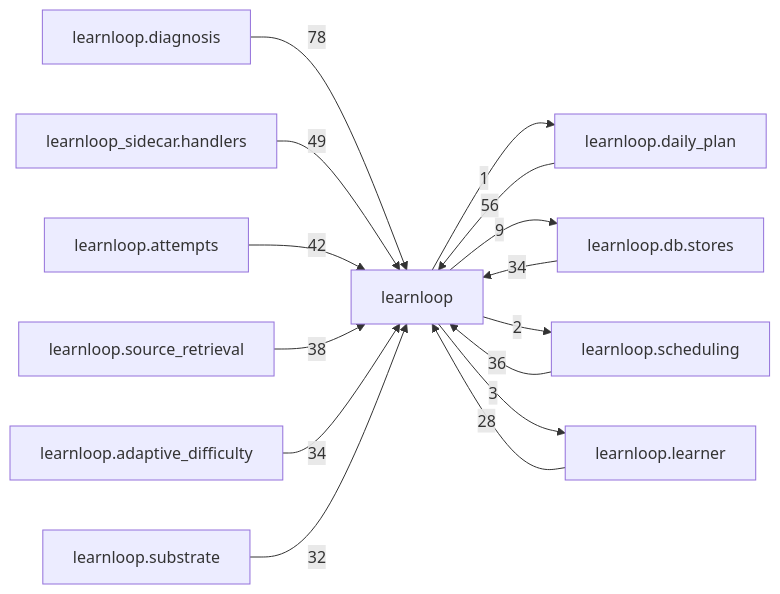
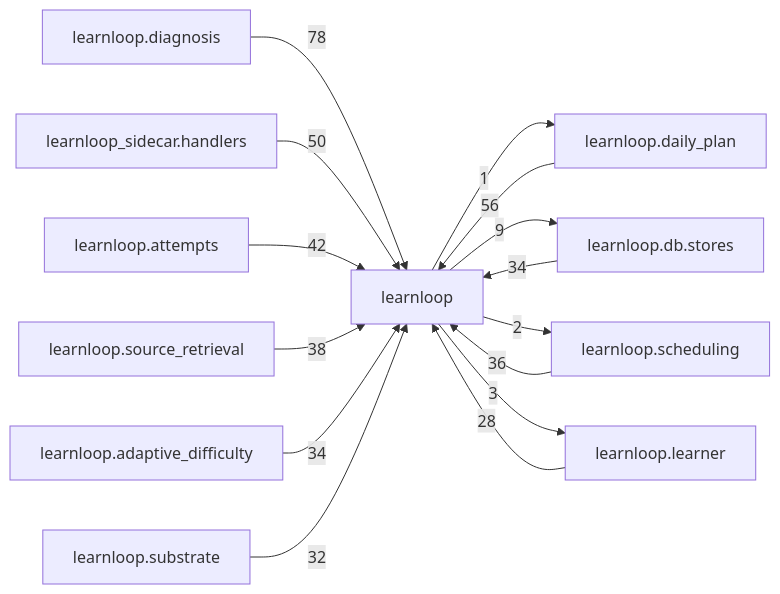
One commit to 6up-b/learnanything changed the diagram in docs/learnloop-architecture-vault/Reference/Modules/learnloop/_package.md. Above: the diagram before and after it, drawn with Mermaid. The commit also changed other lines of this file and 49 other files, not shown here.

````diff
--- a/docs/learnloop-architecture-vault/Reference/Modules/learnloop/_package.md
+++ b/docs/learnloop-architecture-vault/Reference/Modules/learnloop/_package.md
@@ -259,28 +259,28 @@
 ```mermaid
 flowchart LR
     center["learnloop"]
     n_learnloop_diagnosis["learnloop.diagnosis"]
     n_learnloop_daily_plan["learnloop.daily_plan"]
     n_learnloop_sidecar_handlers["learnloop_sidecar.handlers"]
     n_learnloop_db_stores["learnloop.db.stores"]
     n_learnloop_attempts["learnloop.attempts"]
     n_learnloop_scheduling["learnloop.scheduling"]
     n_learnloop_source_retrieval["learnloop.source_retrieval"]
     n_learnloop_adaptive_difficulty["learnloop.adaptive_difficulty"]
     n_learnloop_substrate["learnloop.substrate"]
     n_learnloop_learner["learnloop.learner"]
     n_learnloop_diagnosis -->|78| center
     n_learnloop_daily_plan -->|56| center
     center -->|1| n_learnloop_daily_plan
-    n_learnloop_sidecar_handlers -->|49| center
+    n_learnloop_sidecar_handlers -->|50| center
     n_learnloop_db_stores -->|34| center
     center -->|9| n_learnloop_db_stores
     n_learnloop_attempts -->|42| center
     n_learnloop_scheduling -->|36| center
     center -->|2| n_learnloop_scheduling
     n_learnloop_source_retrieval -->|38| center
     n_learnloop_adaptive_difficulty -->|34| center
     n_learnloop_substrate -->|32| center
     n_learnloop_learner -->|28| center
     center -->|3| n_learnloop_learner
 ```
````
